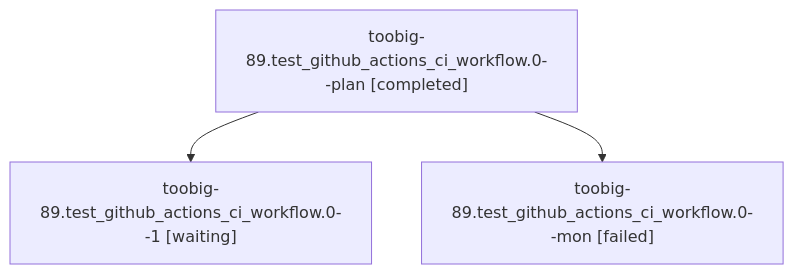
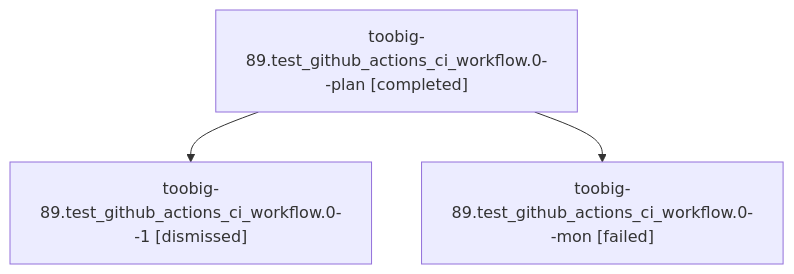
Before and after one commit to sase-org/sase--agents: the diagram in sessions/bbugyi200.athena.toobig-89.test_github_actions_ci_workflow.0.md, drawn with Mermaid. The commit also changed other lines of this file and 37 other files, not shown here.

````diff
--- a/sessions/bbugyi200.athena.toobig-89.test_github_actions_ci_workflow.0.md
+++ b/sessions/bbugyi200.athena.toobig-89.test_github_actions_ci_workflow.0.md
@@ -9,8 +9,8 @@
 ```mermaid
 flowchart TD
   n0["toobig-89.test_github_actions_ci_workflow.0--plan [completed]"]
-  n1["toobig-89.test_github_actions_ci_workflow.0--1 [waiting]"]
+  n1["toobig-89.test_github_actions_ci_workflow.0--1 [dismissed]"]
   n0 --> n1
   n2["toobig-89.test_github_actions_ci_workflow.0--mon [failed]"]
   n0 --> n2
 ```
````
